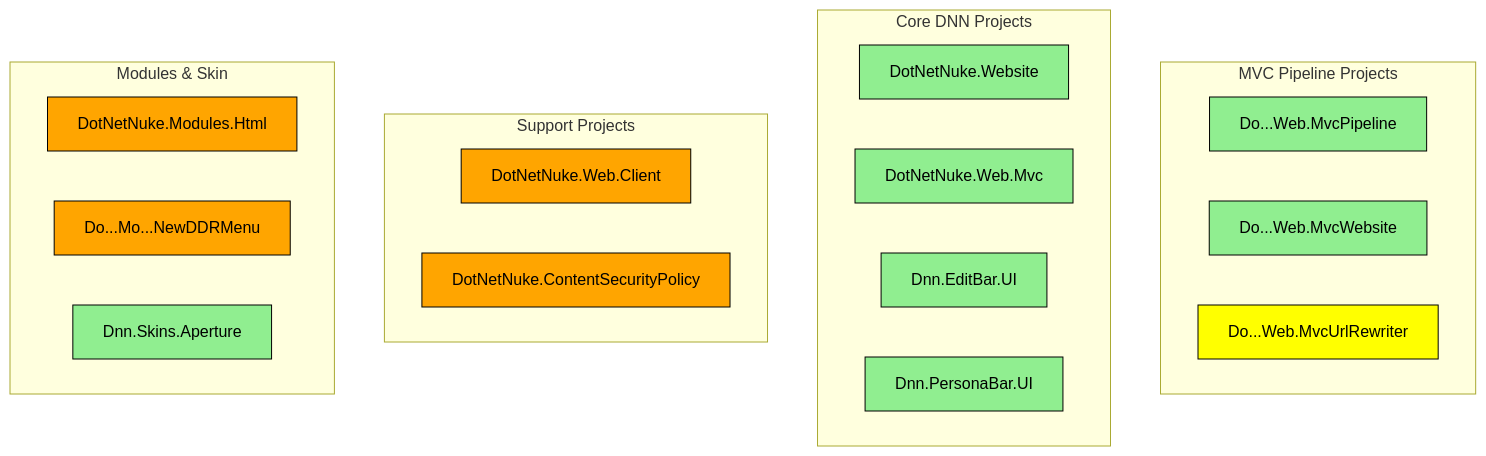
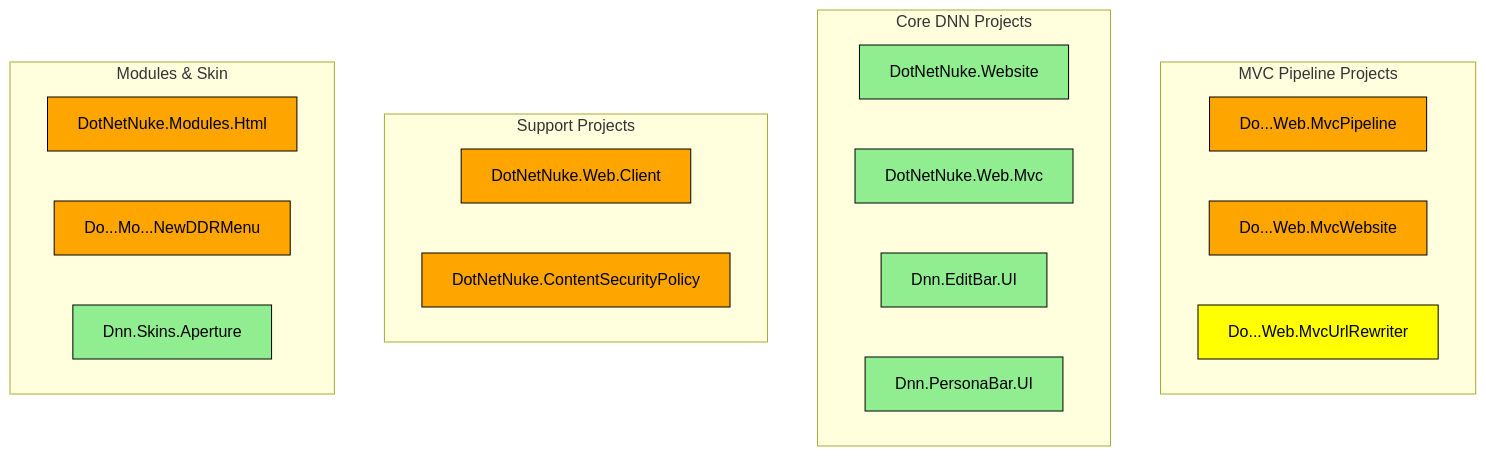
Before and after one commit to dnnsoftware/Dnn.Platform: the diagram in mvc-pipeline.md, drawn with Mermaid.

````diff
--- a/mvc-pipeline.md
+++ b/mvc-pipeline.md
@@ -28,34 +28,34 @@
 ```mermaid
 graph TD
   subgraph "MVC Pipeline Projects"
     MvcPipeline[Do...Web.MvcPipeline]
     MvcWebsite[Do...Web.MvcWebsite]
     MvcUrlRewriter[Do...Web.MvcUrlRewriter]
   end
   
   subgraph "Core DNN Projects"
     Website[DotNetNuke.Website]
     Mvc[DotNetNuke.Web.Mvc]
     EditBar[Dnn.EditBar.UI]
     PersonaBar[Dnn.PersonaBar.UI]
   end
   
   subgraph "Support Projects"    
     WebClient[DotNetNuke.Web.Client]
     CSP[DotNetNuke.ContentSecurityPolicy]
   end
   
   subgraph "Modules & Skin"
     HtmlModule[DotNetNuke.Modules.Html]
     NewDDRMenu[Do...Mo...NewDDRMenu]
     ApertureSkin[Dnn.Skins.Aperture]    
   end
 
   
   classDef default fill:#90EE90,stroke:#000000,color:#000,stroke-width:1px;
   classDef deprecated fill:#ffff00,stroke:#000000,color:#000,stroke-width:1px;
   classDef changing fill:#ffa500,stroke:#000000,color:#000,stroke-width:1px;
   class MvcPipeline,MvcWebsite,Mvc,Website,EditBar,PersonaBar,ApertureSkin default;
   class MvcUrlRewriter deprecated;
-  class CSP,HtmlModule,NewDDRMenu,WebClient changing;
+  class CSP,HtmlModule,NewDDRMenu,WebClient,MvcPipeline,MvcWebsite changing;
 ```
````
